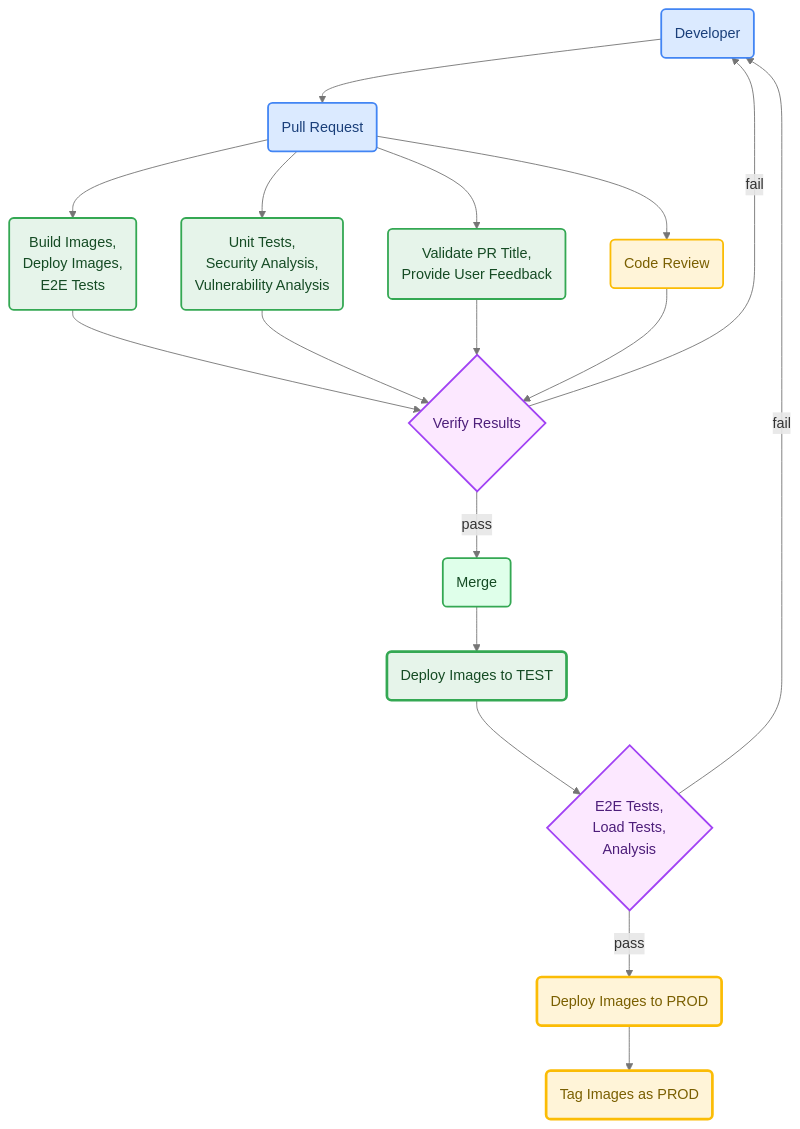
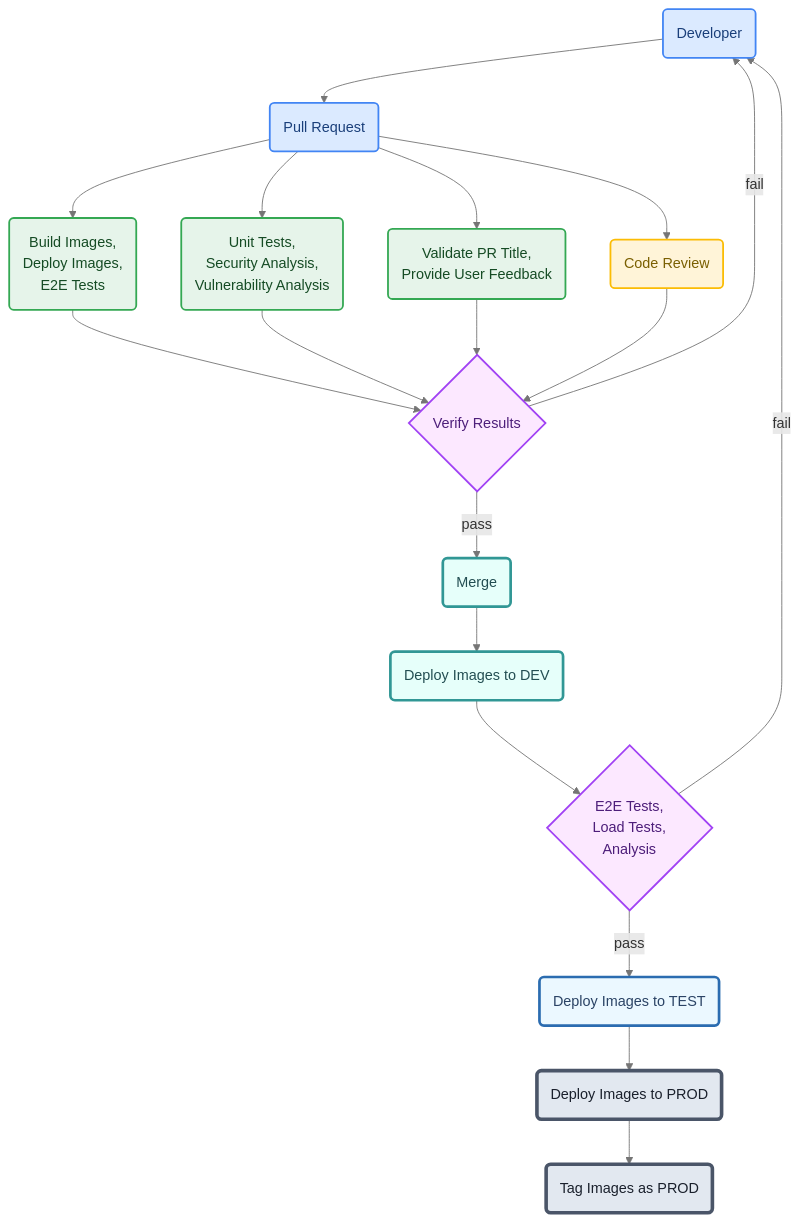
The second of 2 diagrams in .github/workflows/README.md (bcgov/tenant-management-system), drawn with Mermaid before and after one commit. The commit also changed other lines of this file, not shown here.

First line of the commit message:
docs: CCP-3148 mermaid diagrams

````diff
--- a/.github/workflows/README.md
+++ b/.github/workflows/README.md
@@ -61,48 +68,51 @@
 ```mermaid
 flowchart TD
     A(Developer)
     B(Pull Request)
     Ba(Build Images,<br/>Deploy Images,<br/>E2E Tests)
     Bb(Unit Tests,<br/>Security Analysis,<br/>Vulnerability Analysis)
     Bc(Validate PR Title,<br/>Provide User Feedback)
     Bd(Code Review)
     C{Verify Results}
     D(Merge)
-    E(Deploy Images to TEST)
+    E(Deploy Images to DEV)
     F{E2E Tests,<br/>Load Tests,<br/>Analysis}
-    G(Deploy Images to PROD)
-    H(Tag Images as PROD)
+    G(Deploy Images to TEST)
+    H(Deploy Images to PROD)
+    I(Tag Images as PROD)
 
     A --> B
     B --> Ba --> C
     B --> Bb --> C
     B --> Bc --> C
     B --> Bd --> C
     C -- fail --> A
     C -- pass --> D --> E --> F
     F -- fail --> A
-    F -- pass --> G --> H
+    F -- pass --> G --> H --> I
 
     %% Define styles with good contrast for light/dark modes
     %% Developer & PR Actions (Blue)
     style A fill:#dbeaff,stroke:#4285f4,stroke-width:2px,color:#1a3f7a
     style B fill:#dbeaff,stroke:#4285f4,stroke-width:2px,color:#1a3f7a
     %% PR Checks & Validation (Light Green)
     style Ba fill:#e6f4ea,stroke:#34a853,stroke-width:2px,color:#154b24
     style Bb fill:#e6f4ea,stroke:#34a853,stroke-width:2px,color:#154b24
     style Bc fill:#e6f4ea,stroke:#34a853,stroke-width:2px,color:#154b24
     %% Code Review (Light Gold - requires attention)
     style Bd fill:#fff4d8,stroke:#fbbc05,stroke-width:2px,color:#7a5f01
     %% Decision Points (Purple)
     style C fill:#fce8ff,stroke:#a142f4,stroke-width:2px,color:#4d1e7a
     style F fill:#fce8ff,stroke:#a142f4,stroke-width:2px,color:#4d1e7a
-    %% Merge & TEST Deployment (Green)
-    style D fill:#dfffea,stroke:#34a853,stroke-width:2px,color:#154b24
-    style E fill:#e6f4ea,stroke:#34a853,stroke-width:3px,color:#154b24
-    %% PROD Deployment & Tagging (Gold)
-    style G fill:#fff4d8,stroke:#fbbc05,stroke-width:3px,color:#7a5f01
-    style H fill:#fff4d8,stroke:#fbbc05,stroke-width:3px,color:#7a5f01
+    %% Merge & DEV Deployment (Fresh Teal)
+    style D fill:#e6fffa,stroke:#319795,stroke-width:3px,color:#234e52
+    style E fill:#e6fffa,stroke:#319795,stroke-width:3px,color:#234e52
+    %% TEST Deployment (Deep Blue)
+    style G fill:#ebf8ff,stroke:#2b6cb0,stroke-width:3px,color:#2a4365
+    %% PROD Deployment & Tagging (Steel Metallic)
+    style H fill:#e2e8f0,stroke:#4a5568,stroke-width:4px,color:#1a202c
+    style I fill:#e2e8f0,stroke:#4a5568,stroke-width:4px,color:#1a202c
 
     %% Link style
     linkStyle default stroke:#757575,stroke-width:1px
 ```
````
